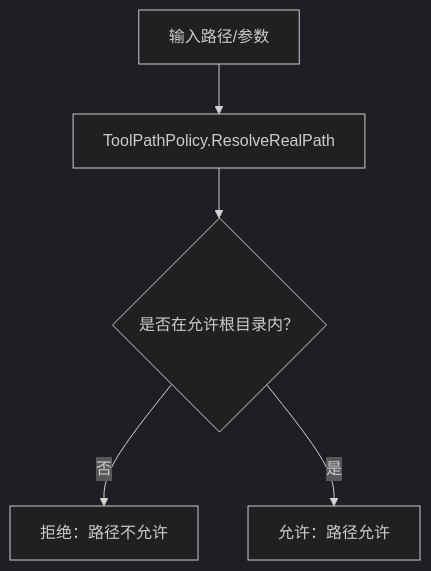
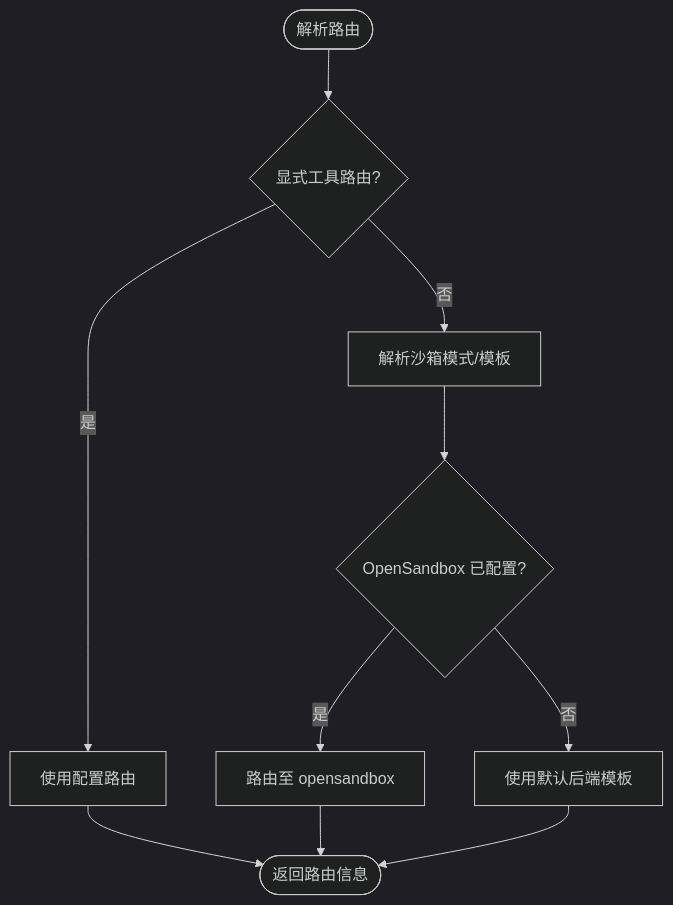
The fourth of 7 diagrams in .qoder/repowiki/zh/content/工具系统/工具系统.md (wayyet/kingcrab), drawn with Mermaid (dark theme) before and after one commit. The commit also changed other lines of this file and 173 other files, not shown here.

````diff
--- a/.qoder/repowiki/zh/content/工具系统/工具系统.md
+++ b/.qoder/repowiki/zh/content/工具系统/工具系统.md
@@ -271,7 +205,13 @@
 ```mermaid
 flowchart TD
-PolicyStart["输入路径/参数"] --> ResolveReal["ToolPathPolicy.ResolveRealPath"]
-ResolveReal --> CheckRoots{"是否在允许根目录内？"}
-CheckRoots --> |否| DenyPath["拒绝：路径不允许"]
-CheckRoots --> |是| AllowPath["允许：路径允许"]
+RStart(["解析路由"]) --> ConfigRoute{"显式工具路由?"}
+ConfigRoute --> |是| UseCfg["使用配置路由"]
+ConfigRoute --> |否| SandboxMode["解析沙箱模式/模板"]
+SandboxMode --> SandboxCfg{"OpenSandbox 已配置?"}
+SandboxCfg --> |是| UseSandbox["路由至 opensandbox"]
+SandboxCfg --> |否| DefaultBackend["使用默认后端模板"]
+UseCfg --> Done
+UseSandbox --> Done
+DefaultBackend --> Done
+Done(["返回路由信息"])
 ```
````
